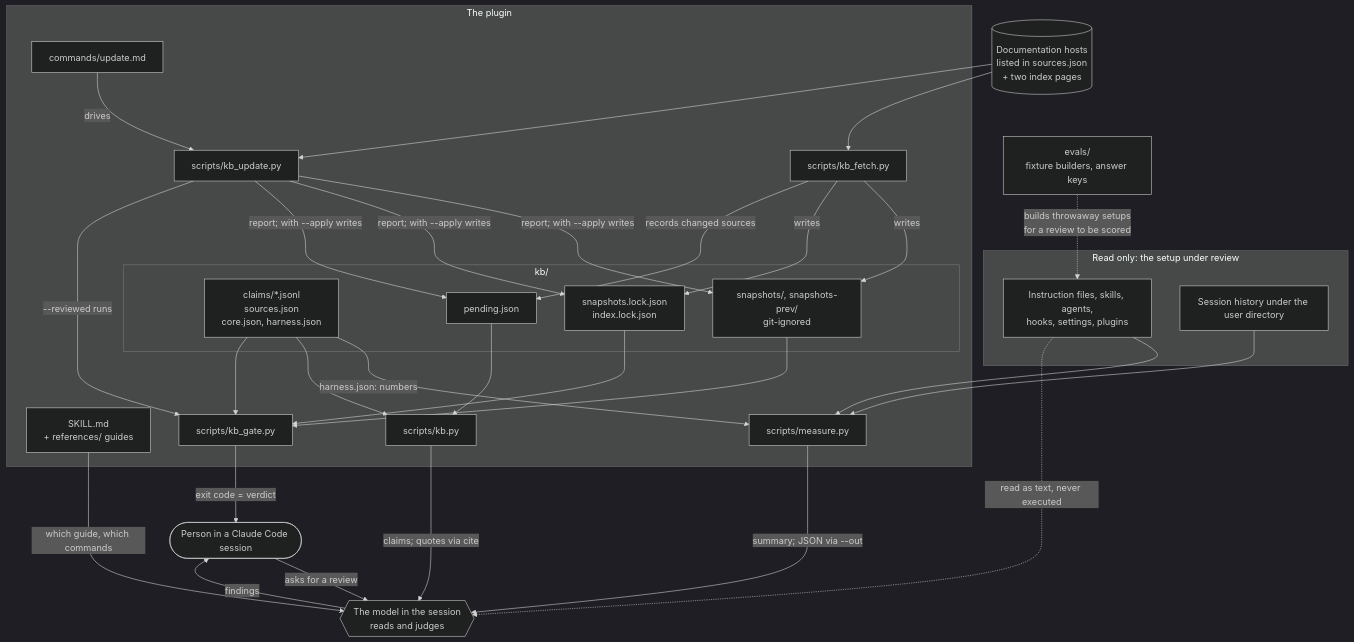
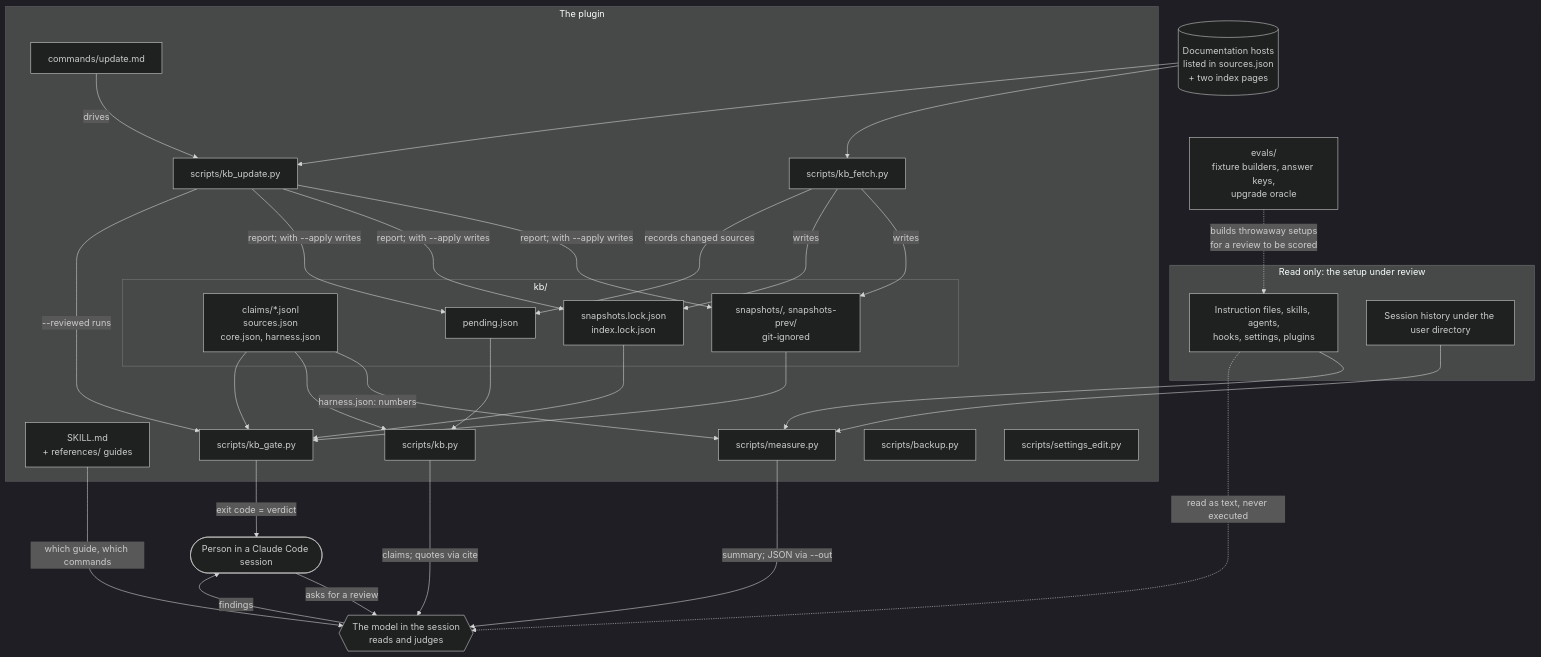
Before and after one commit to l0z4n0-a1/skill-anthropic-grade-optimizer: the first of 2 diagrams in docs/architecture.md, drawn with Mermaid (dark theme). The commit also changed other lines of this file and 22 other files, not shown here.

````diff
--- a/docs/architecture.md
+++ b/docs/architecture.md
@@ -26,50 +26,52 @@
 ```mermaid
 flowchart TB
     P(["Person in a Claude Code session"])
     MODEL{{"The model in the session<br/>reads and judges"}}
     WEB[("Documentation hosts<br/>listed in sources.json<br/>+ two index pages")]
 
     subgraph LOCAL["Read only: the setup under review"]
         SETUP["Instruction files, skills, agents,<br/>hooks, settings, plugins"]
         HIST["Session history under the user directory"]
     end
 
     subgraph PLUGIN["The plugin"]
         SKILL["SKILL.md<br/>+ references/ guides"]
         MEASURE["scripts/measure.py"]
         KBPY["scripts/kb.py"]
         GATE["scripts/kb_gate.py"]
         FETCH["scripts/kb_fetch.py"]
         UPDATE["scripts/kb_update.py"]
+        BACKUP["scripts/backup.py"]
+        SETEDIT["scripts/settings_edit.py"]
         CMD["commands/update.md"]
         subgraph KB["kb/"]
             CLAIMS["claims/*.jsonl<br/>sources.json<br/>core.json, harness.json"]
             LOCKS["snapshots.lock.json<br/>index.lock.json"]
             PEND["pending.json"]
             SNAP["snapshots/, snapshots-prev/<br/>git-ignored"]
         end
     end
 
-    EVALS["evals/<br/>fixture builders, answer keys"]
+    EVALS["evals/<br/>fixture builders, answer keys,<br/>upgrade oracle"]
     P -->|"asks for a review"| MODEL
     SKILL -->|"which guide, which commands"| MODEL
     SETUP --> MEASURE
     HIST --> MEASURE
     CLAIMS -->|"harness.json: numbers"| MEASURE
     MEASURE -->|"summary; JSON via --out"| MODEL
     SETUP -.->|"read as text, never executed"| MODEL
     CLAIMS --> KBPY
     PEND --> KBPY
     KBPY -->|"claims; quotes via cite"| MODEL
     MODEL -->|"findings"| P
     CLAIMS & SNAP & LOCKS --> GATE
     GATE -->|"exit code = verdict"| P
     WEB --> FETCH & UPDATE
     FETCH -->|"writes"| SNAP & LOCKS
     FETCH -->|"records changed sources"| PEND
     UPDATE -->|"report; with --apply writes"| SNAP & LOCKS & PEND
     UPDATE -->|"--reviewed runs"| GATE
     CMD -->|"drives"| UPDATE
 
     EVALS -.->|"builds throwaway setups<br/>for a review to be scored"| SETUP
 ```
````
